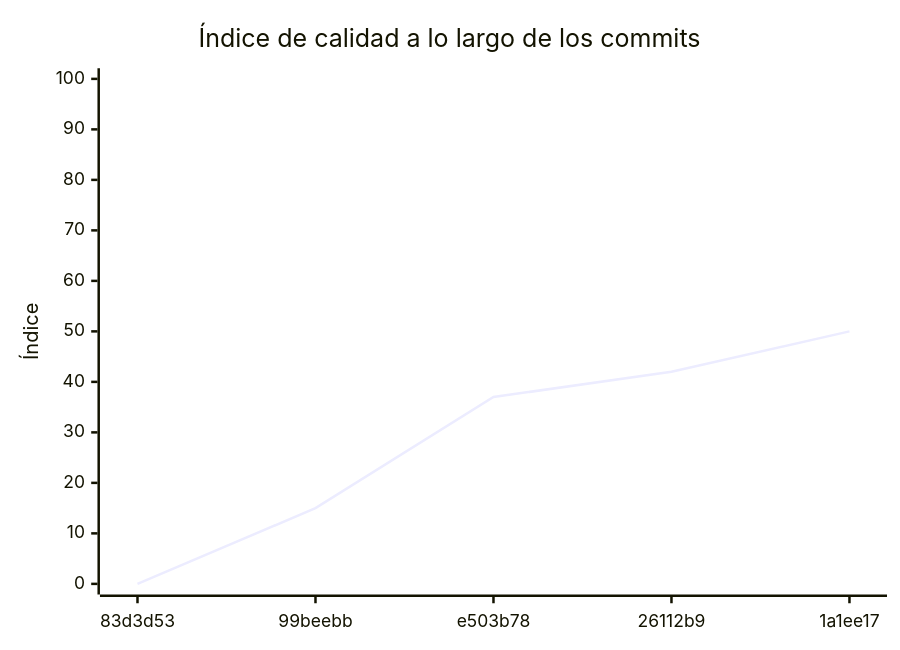
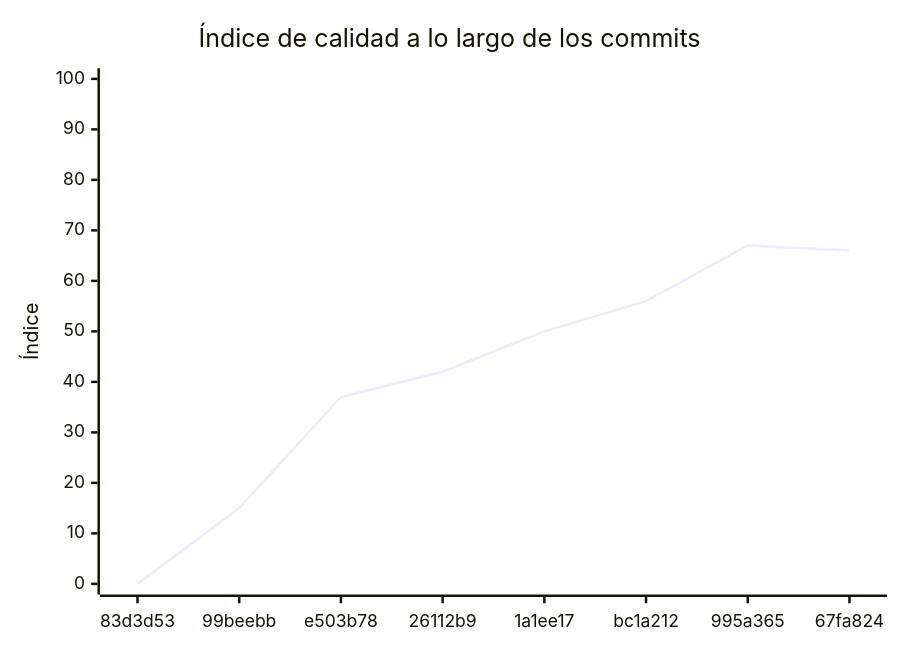
Before and after one commit to prog2-yanez/servicio-catalogo: the diagram in docs/EVALUACION.md, drawn with Mermaid. The commit also changed other lines of this file and 1 other file, not shown here.

````diff
--- a/docs/EVALUACION.md
+++ b/docs/EVALUACION.md
@@ -124,7 +223,7 @@
 ```mermaid
 xychart-beta
     title "Índice de calidad a lo largo de los commits"
-    x-axis ["83d3d53", "99beebb", "e503b78", "26112b9", "1a1ee17"]
+    x-axis ["83d3d53", "99beebb", "e503b78", "26112b9", "1a1ee17", "bc1a212", "995a365", "67fa824"]
     y-axis "Índice" 0 --> 100
-    line [0, 15, 37, 42, 50]
+    line [0, 15, 37, 42, 50, 56, 67, 66]
 ```
````
